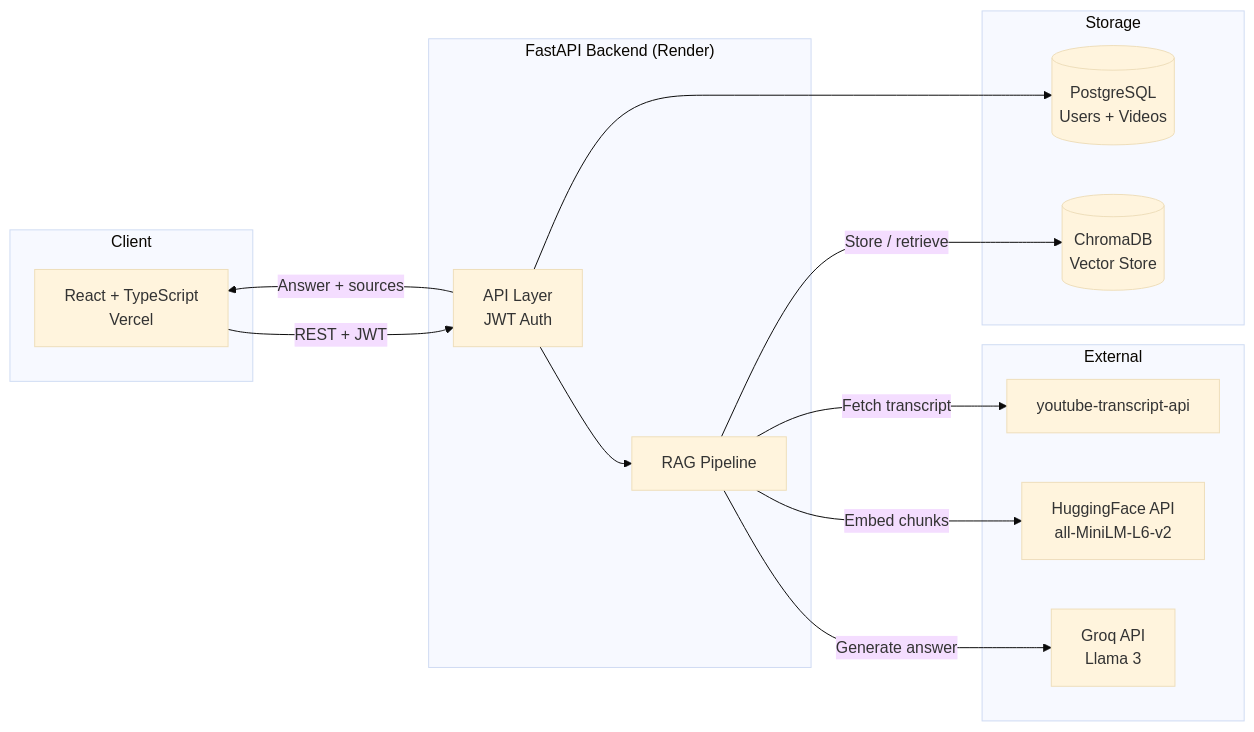
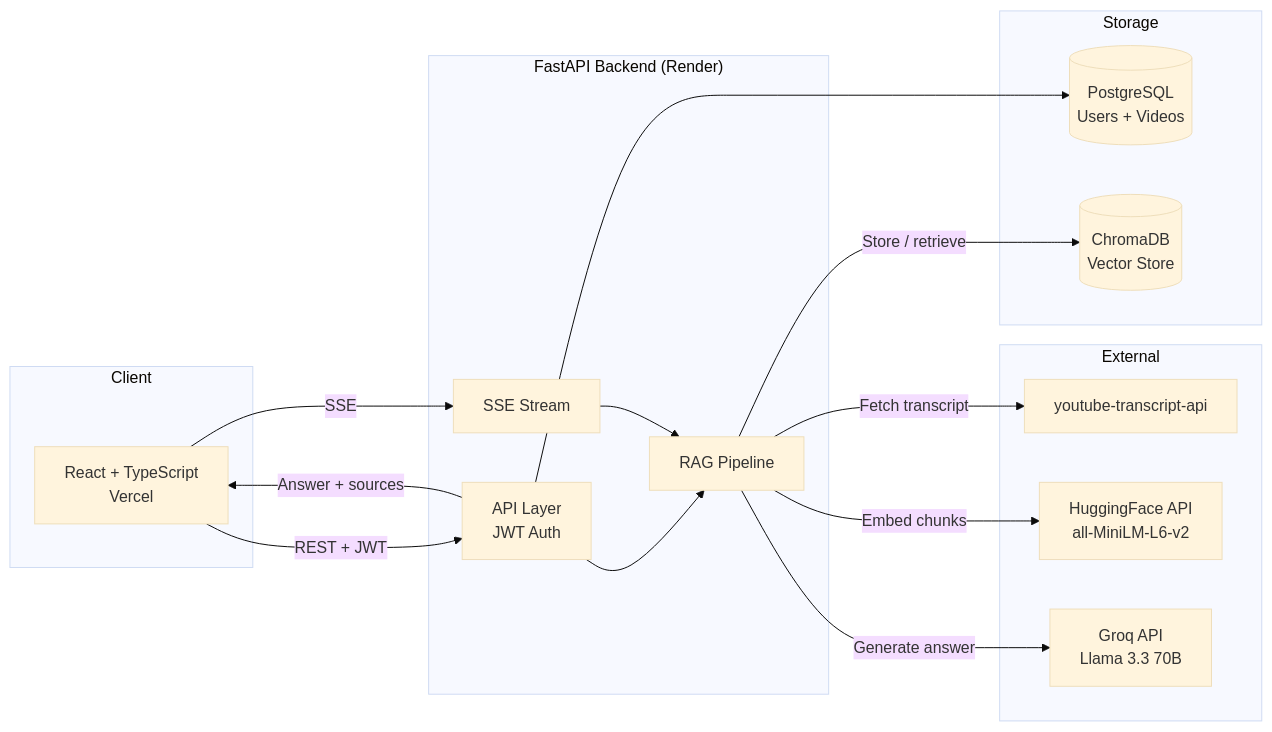
The diagram in README.md (shruthi-hariprasad/youtube-rag), drawn with Mermaid (base theme) before and after one commit. The commit also changed other lines of this file and 1 other file, not shown here.

````diff
--- a/README.md
+++ b/README.md
@@ -21,31 +22,30 @@
 ```mermaid
 flowchart LR
     subgraph Client
         A[React + TypeScript\nVercel]
     end
-
     subgraph Backend ["FastAPI Backend (Render)"]
         B[API Layer\nJWT Auth]
         C[RAG Pipeline]
+        D[SSE Stream]
     end
-
     subgraph Storage
-        D[(PostgreSQL\nUsers + Videos)]
-        E[(ChromaDB\nVector Store)]
+        E[(PostgreSQL\nUsers + Videos)]
+        F[(ChromaDB\nVector Store)]
     end
-
     subgraph External
-        F[youtube-transcript-api]
-        G[HuggingFace API\nall-MiniLM-L6-v2]
-        H[Groq API\nLlama 3]
+        G[youtube-transcript-api]
+        H[HuggingFace API\nall-MiniLM-L6-v2]
+        I[Groq API\nLlama 3.3 70B]
     end
-
     A -->|REST + JWT| B
-    B --> D
+    A -->|SSE| D
+    B --> E
     B --> C
-    C -->|Fetch transcript| F
-    C -->|Embed chunks| G
-    C -->|Store / retrieve| E
-    C -->|Generate answer| H
+    D --> C
+    C -->|Fetch transcript| G
+    C -->|Embed chunks| H
+    C -->|Store / retrieve| F
+    C -->|Generate answer| I
     B -->|Answer + sources| A
 ```
````
